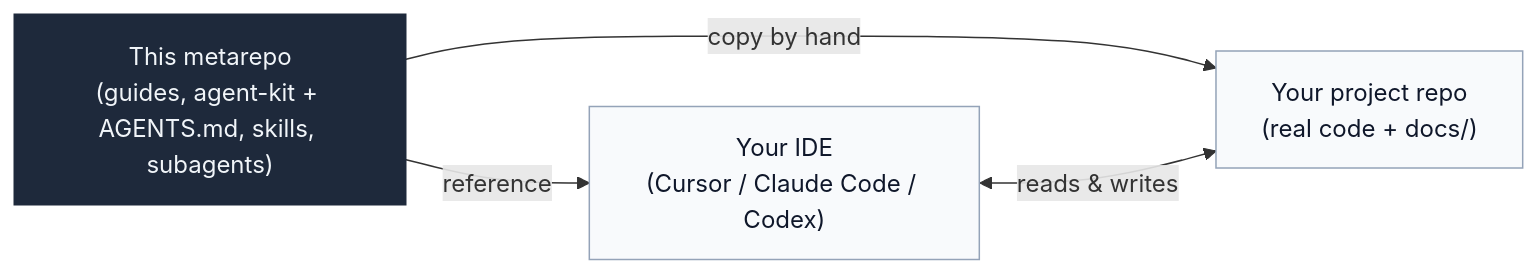
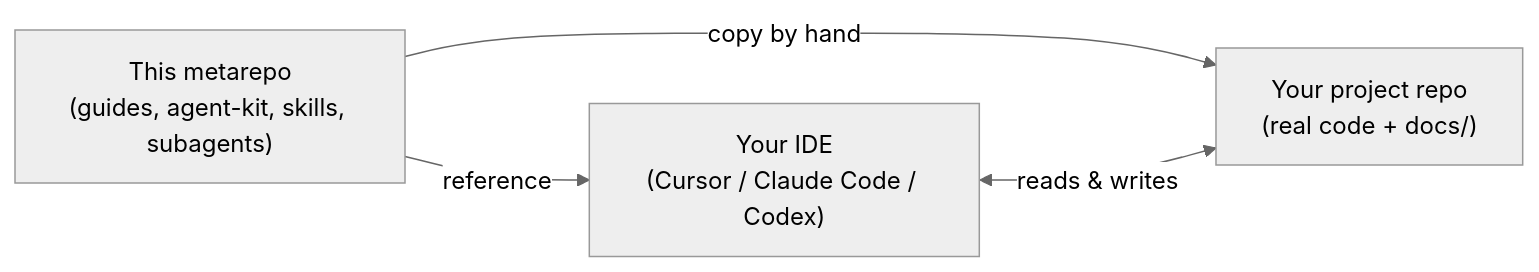
Before and after one commit to Hotusa-Data/ehc-agent-harness: the first of 2 diagrams in README.md, drawn with Mermaid. The commit also changed other lines of this file and 15 other files, not shown here.

Commit message:
improve mermaid diagrams

````diff
--- a/README.md
+++ b/README.md
@@ -14,19 +14,18 @@
 ```mermaid
+---
+config:
+  theme: neutral
+---
 flowchart LR
     accTitle: Metarepo to Project Repo Relationship
     accDescr: How the metarepo guides, agent-kit, AGENTS.md, skills, and subagents flow into the project repo and developer IDE.
 
-    metarepo["This metarepo<br/>(guides, agent-kit + AGENTS.md, skills, subagents)"]
+    metarepo["This metarepo<br/>(guides, agent-kit, skills, subagents)"]
     target["Your project repo<br/>(real code + docs/)"]
     ide["Your IDE<br/>(Cursor / Claude Code / Codex)"]
 
     metarepo -->|copy by hand| target
     metarepo -->|reference| ide
     ide <-->|reads & writes| target
 
-    classDef source fill:#1e293b,stroke:#1e293b,stroke-width:2px,color:#f1f5f9
-    classDef node   fill:#f8fafc,stroke:#94a3b8,stroke-width:1px,color:#0f172a
-
-    class metarepo source
-    class target,ide node
 ```
````
